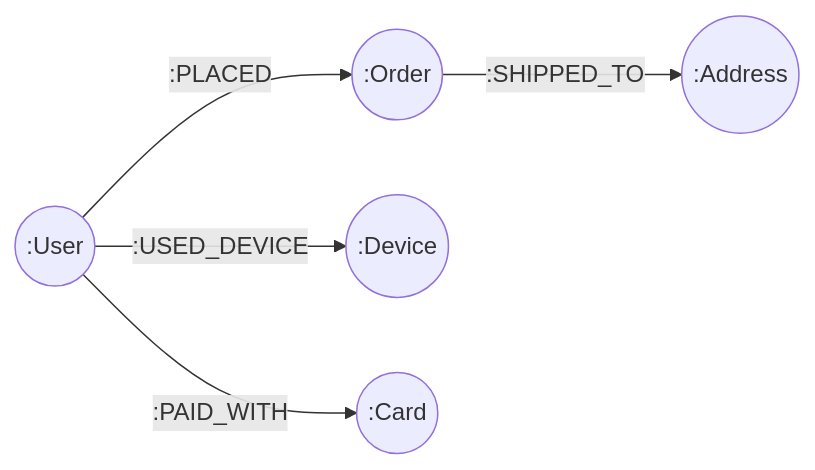
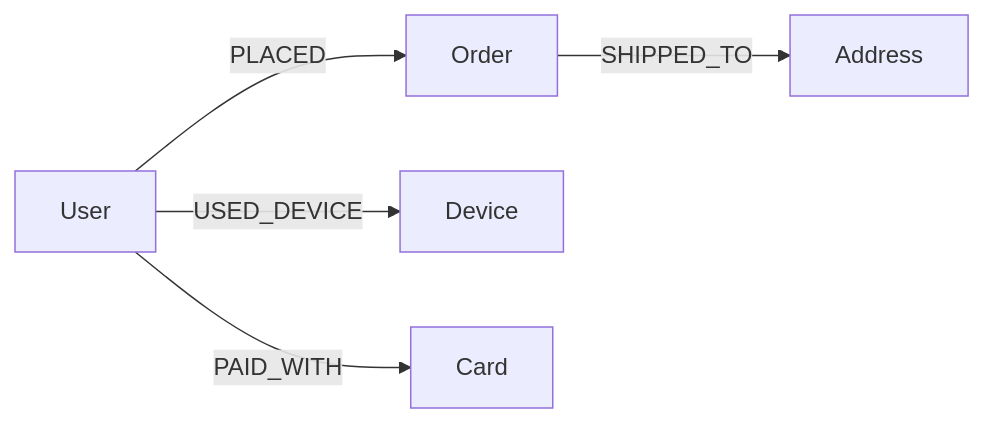
One commit to Manasa-L-Hegde/RingWatch changed the second of 3 diagrams in README.md. Above: the diagram before and after it, drawn with Mermaid. The commit also changed other lines of this file, not shown here.

Commit message:
Fix Mermaid diagram syntax for GitHub rendering

````diff
--- a/README.md
+++ b/README.md
@@ -152,7 +153,7 @@
 ```mermaid
-graph LR
-    User((:User)) -->|:PLACED| Order((:Order))
-    Order -->|:SHIPPED_TO| Address((:Address))
-    User -->|:USED_DEVICE| Device((:Device))
-    User -->|:PAID_WITH| Card((:Card))
+flowchart LR
+    User["User"] -->|PLACED| Order["Order"]
+    Order -->|SHIPPED_TO| Address["Address"]
+    User -->|USED_DEVICE| Device["Device"]
+    User -->|PAID_WITH| Card["Card"]
 ```
````
